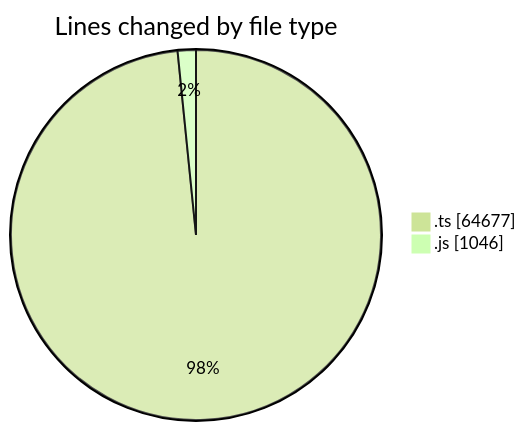
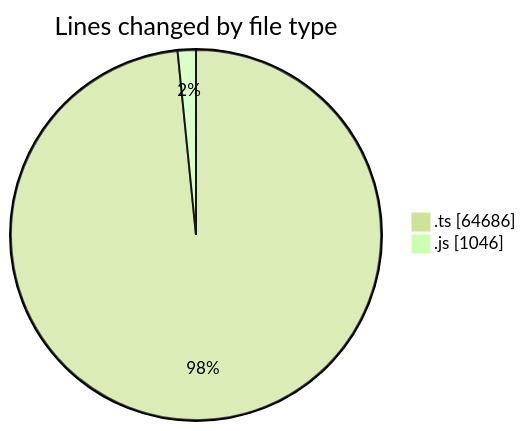
One commit to momahboobian/code-tracking changed the first of 2 diagrams in 2025-09-29/cda/README.md. Above: the diagram before and after it, drawn with Mermaid (forest theme). The commit also changed other lines of this file and 1 other file, not shown here.

````diff
--- a/2025-09-29/cda/README.md
+++ b/2025-09-29/cda/README.md
@@ -28,6 +28,6 @@
 ```mermaid
 pie showData
 title Lines changed by file type
-".ts" : 64677
+".ts" : 64686
 ".js" : 1046
 ```
````
